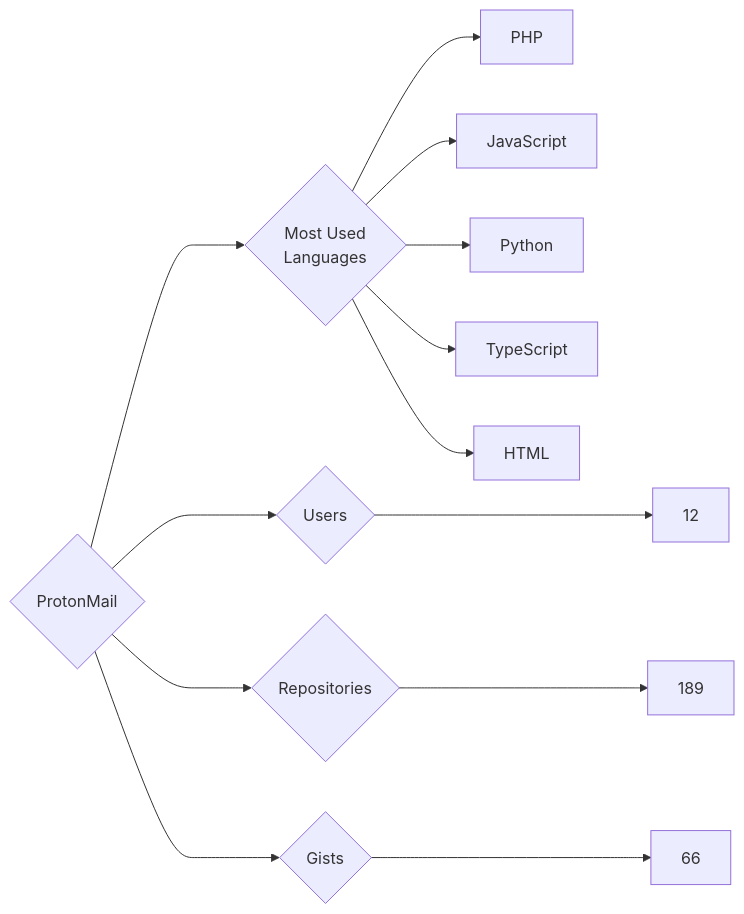
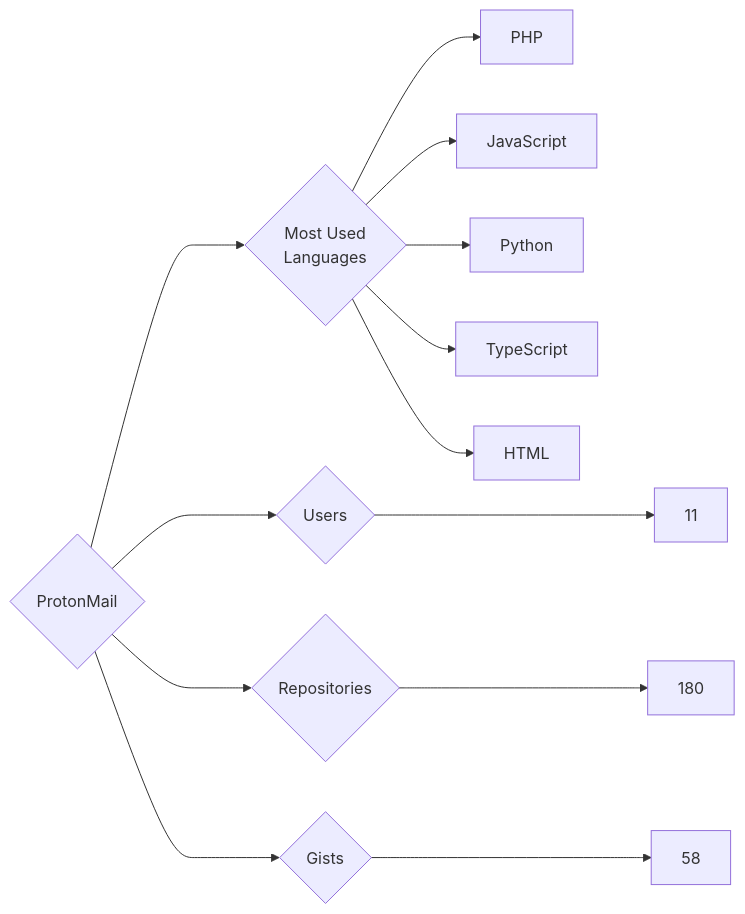
The diagram in targets/ProtonMail/README.md (trickest/insiders), drawn with Mermaid before and after one commit. The commit also changed 860 other files, not shown here.

````diff
--- a/targets/ProtonMail/README.md
+++ b/targets/ProtonMail/README.md
@@ -3,13 +3,13 @@
 ```mermaid
 graph LR
 COMPANY_NAME{ProtonMail}
-COMPANY_NAME ---> U{Users} ---> UN[12]
-COMPANY_NAME ---> R{Repositories} ---> RN[189]
-COMPANY_NAME ---> G{Gists} ---> GN[66]
+COMPANY_NAME ---> U{Users} ---> UN[11]
+COMPANY_NAME ---> R{Repositories} ---> RN[180]
+COMPANY_NAME ---> G{Gists} ---> GN[58]
 COMPANY_NAME ---> ML{Most Used<br>Languages}
 ML --> PHP[PHP]
 ML --> JavaScript[JavaScript]
 ML --> Python[Python]
 ML --> TypeScript[TypeScript]
 ML --> HTML[HTML]
 ```
````
